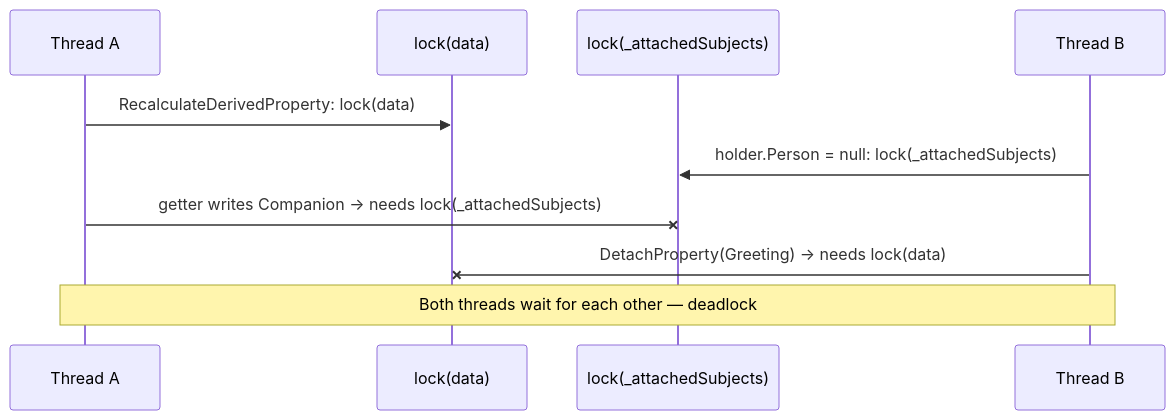
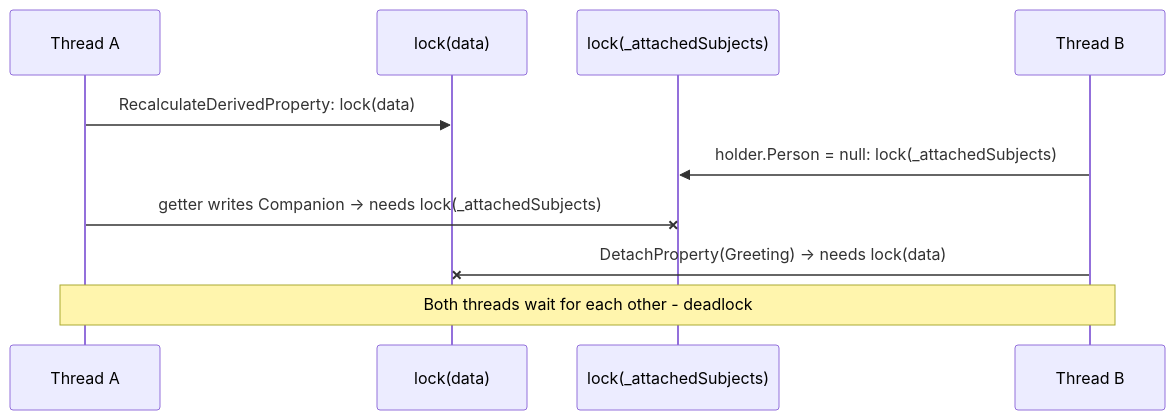
Before and after one commit to RicoSuter/Namotion.Interceptor: the fourth of 7 diagrams in docs/design/tracking-derived-properties.md, drawn with Mermaid. The commit also changed other lines of this file and 5 other files, not shown here.

````diff
--- a/docs/design/tracking-derived-properties.md
+++ b/docs/design/tracking-derived-properties.md
@@ -459,13 +459,13 @@
 ```mermaid
 sequenceDiagram
     participant A as Thread A
     participant DL as lock(data)
     participant AL as lock(_attachedSubjects)
     participant B as Thread B
 
     A->>DL: RecalculateDerivedProperty: lock(data)
     B->>AL: holder.Person = null: lock(_attachedSubjects)
     A-xAL: getter writes Companion → needs lock(_attachedSubjects)
     B-xDL: DetachProperty(Greeting) → needs lock(data)
-    Note over A,B: Both threads wait for each other — deadlock
+    Note over A,B: Both threads wait for each other - deadlock
 ```
````
